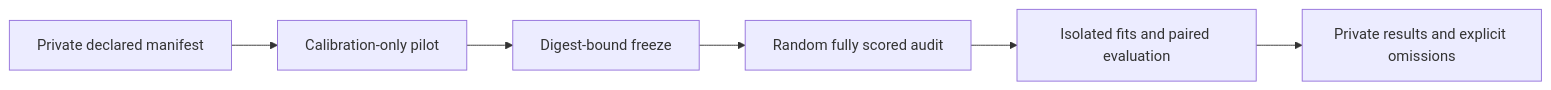
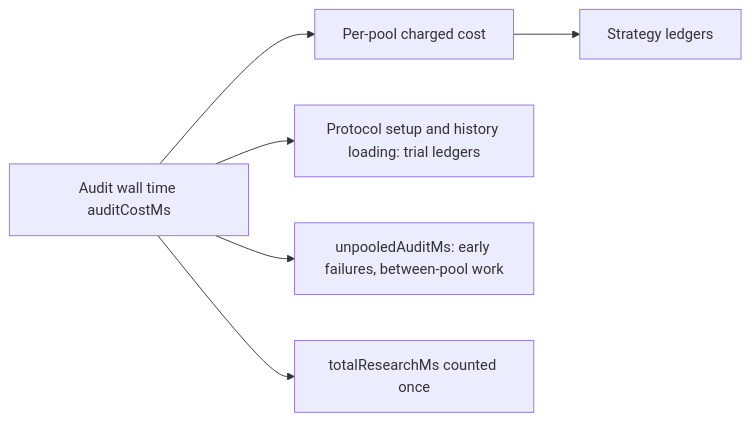
Before and after one commit to stSoftwareAU/NEAT-AI-Ockham: the diagram in docs/archive/pr-summaries/pr-summary-261.md, drawn with Mermaid. The commit also changed other lines of this file and 5 other files, not shown here.

````diff
--- a/docs/archive/pr-summaries/pr-summary-261.md
+++ b/docs/archive/pr-summaries/pr-summary-261.md
@@ -73,8 +51,8 @@
 ```mermaid
 flowchart LR
-    M[Private declared manifest] --> P[Calibration-only pilot]
-    P --> F[Digest-bound freeze]
-    F --> A[Random fully scored audit]
-    A --> E[Isolated fits and paired evaluation]
-    E --> R[Private results and explicit omissions]
+    A[Audit wall time auditCostMs] --> P[Per-pool charged cost]
+    A --> L[Protocol setup and history loading: trial ledgers]
+    A --> U[unpooledAuditMs: early failures, between-pool work]
+    P --> S[Strategy ledgers]
+    A --> T[totalResearchMs counted once]
 ```
````
